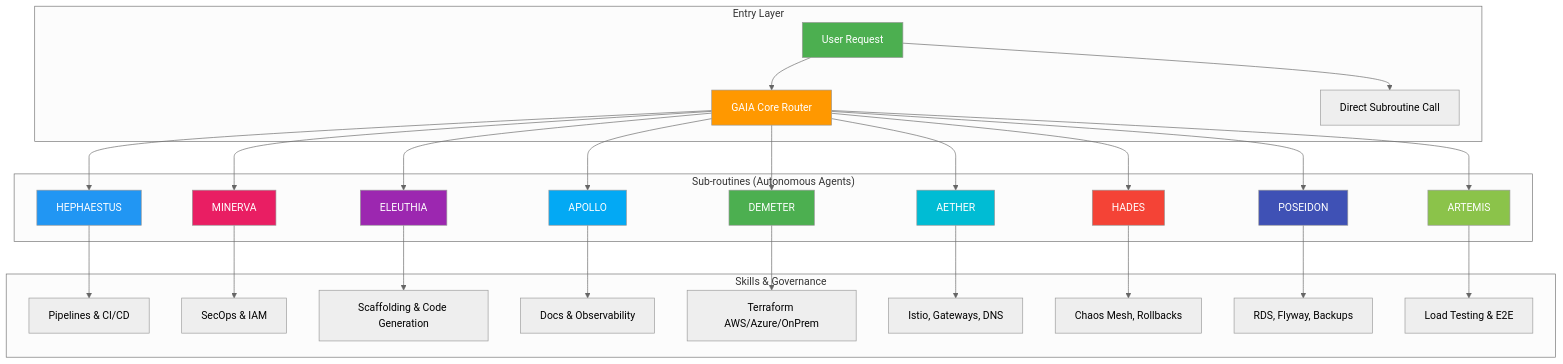
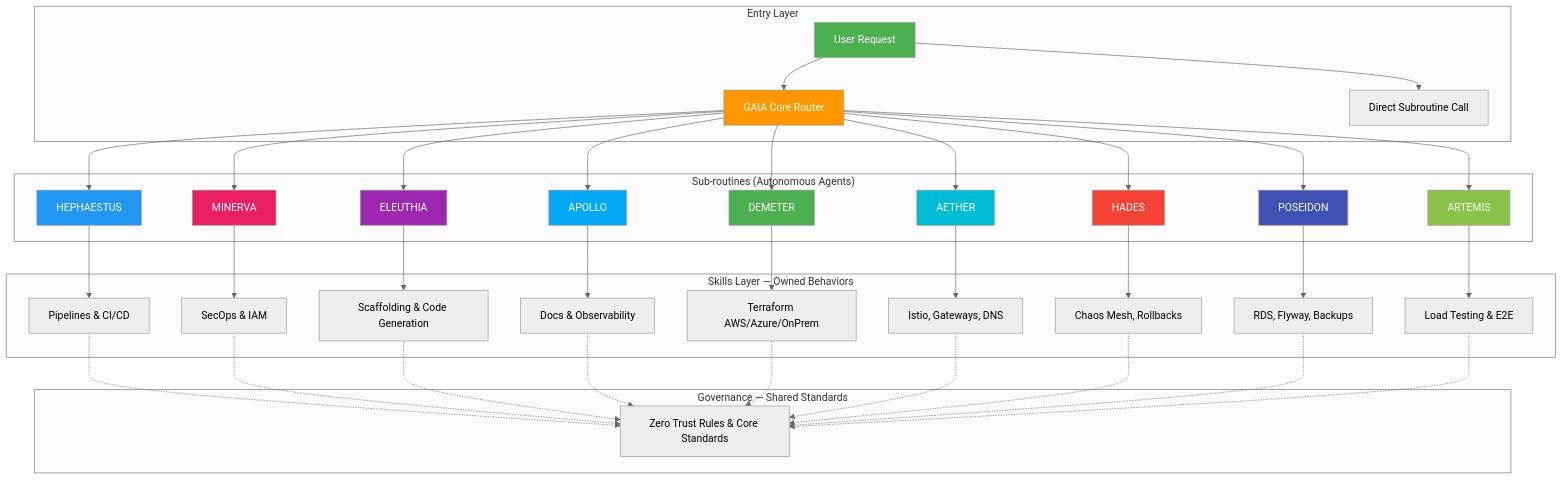
One commit to l3onkers/gaia-autonomous-framework changed the diagram in README.md. Above: the diagram before and after it, drawn with Mermaid (neutral theme).

Commit message:
fix(docs): restore missing skills and governance layers in mermaid diagrams

````diff
--- a/README.md
+++ b/README.md
@@ -28,43 +28,55 @@
 ```mermaid
 graph TB
     subgraph "Entry Layer"
         U[User Request] --> G[GAIA Core Router]
         U --> D[Direct Subroutine Call]
     end
 
     subgraph "Sub-routines (Autonomous Agents)"
         G --> HEPH[HEPHAESTUS]
         G --> MIN[MINERVA]
         G --> ELEU[ELEUTHIA]
         G --> APO[APOLLO]
         G --> DEM[DEMETER]
         G --> AET[AETHER]
         G --> HAD[HADES]
         G --> POS[POSEIDON]
         G --> ART[ARTEMIS]
     end
 
-    subgraph "Skills & Governance"
+    subgraph "Skills Layer — Owned Behaviors"
         HEPH --> CI[Pipelines & CI/CD]
         MIN --> SEC[SecOps & IAM]
         ELEU --> SCAF[Scaffolding & Code Generation]
         APO --> DOC[Docs & Observability]
         DEM --> IAC[Terraform AWS/Azure/OnPrem]
         AET --> NET[Istio, Gateways, DNS]
         HAD --> ROL[Chaos Mesh, Rollbacks]
         POS --> DAT[RDS, Flyway, Backups]
         ART --> QA[Load Testing & E2E]
+    end
+
+    subgraph "Governance — Shared Standards"
+        CI -.-> GOV[Zero Trust Rules & Core Standards]
+        SEC -.-> GOV
+        SCAF -.-> GOV
+        DOC -.-> GOV
+        IAC -.-> GOV
+        NET -.-> GOV
+        ROL -.-> GOV
+        DAT -.-> GOV
+        QA -.-> GOV
     end
 
     style U fill:#4CAF50,color:#fff
     style G fill:#FF9800,color:#fff
     style HEPH fill:#2196F3,color:#fff
     style MIN fill:#E91E63,color:#fff
     style ELEU fill:#9C27B0,color:#fff
     style APO fill:#03A9F4,color:#fff
     style DEM fill:#4CAF50,color:#fff
     style AET fill:#00BCD4,color:#fff
     style HAD fill:#F44336,color:#fff
     style POS fill:#3F51B5,color:#fff
     style ART fill:#8BC34A,color:#fff
 ```
````
